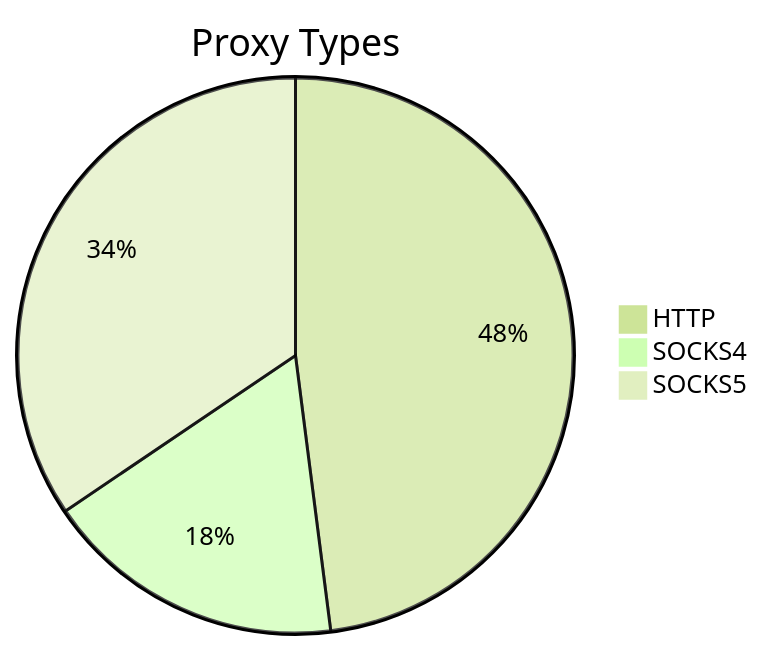
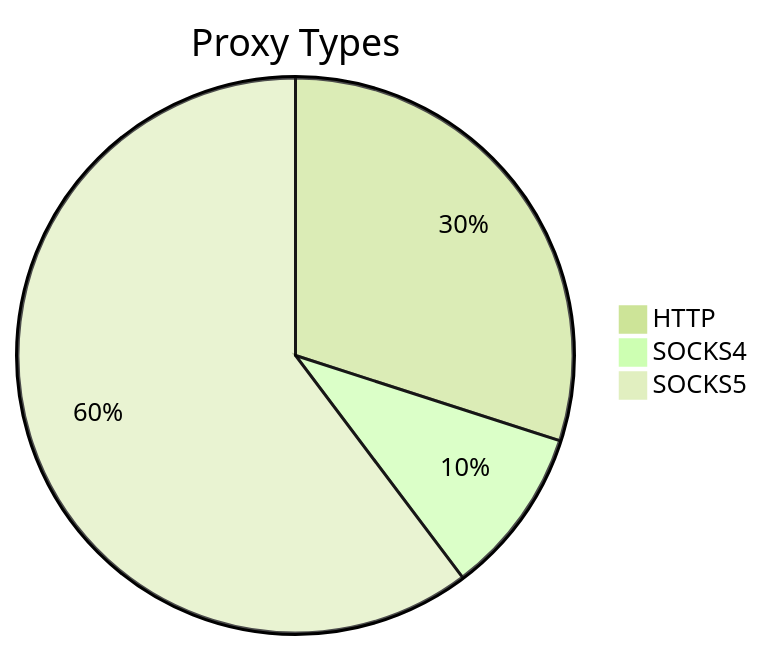
Before and after one commit to stormsia/proxy-list: the first of 2 diagrams in README.md, drawn with Mermaid (forest theme). The commit also changed other lines of this file, not shown here.

````diff
--- a/README.md
+++ b/README.md
@@ -21,6 +21,6 @@
 ```mermaid
 pie title Proxy Types
-    "HTTP" : 71
-    "SOCKS4" : 26
-    "SOCKS5" : 51
+    "HTTP" : 89
+    "SOCKS4" : 29
+    "SOCKS5" : 179
 ```
````
